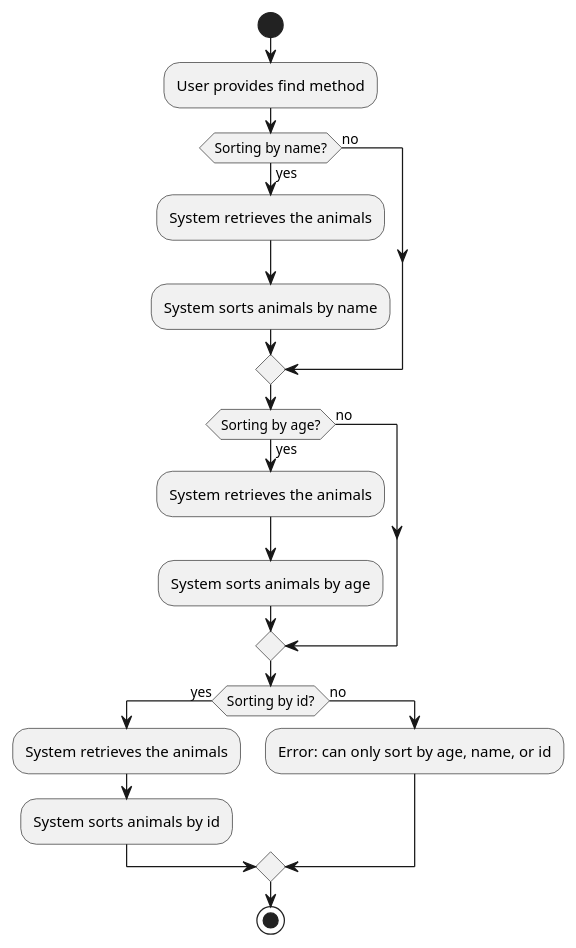
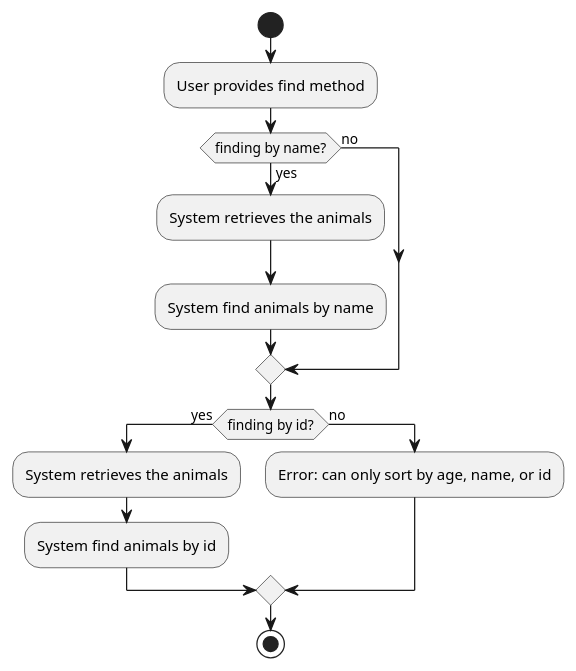
The fourth of 6 diagrams in src/main/java/AnalyseAnimalShelter/flowchart_findanimals.puml (JananJavdan/AnimalShelterTestingJanan), drawn with PlantUML before and after one commit. The commit also changed 23 other files, not shown here.

```diff
--- a/src/main/java/AnalyseAnimalShelter/flowchart_findanimals.puml
+++ b/src/main/java/AnalyseAnimalShelter/flowchart_findanimals.puml
@@ -76,26 +76,22 @@
 @startuml
 
 start
 :User provides find method;
-if (Sorting by name?) then (yes)
+if (finding by name?) then (yes)
   :System retrieves the animals;
-  :System sorts animals by name;
+  :System find animals by name;
 else (no)
   endif
 
-if (Sorting by age?) then (yes)
+
+
+if (finding by id?) then (yes)
   :System retrieves the animals;
-  :System sorts animals by age;
-else (no)
-  endif
-
-if (Sorting by id?) then (yes)
-  :System retrieves the animals;
-  :System sorts animals by id;
+  :System find animals by id;
 else (no)
   :Error: can only sort by age, name, or id;
 endif
 
 stop
 
 @enduml
```
